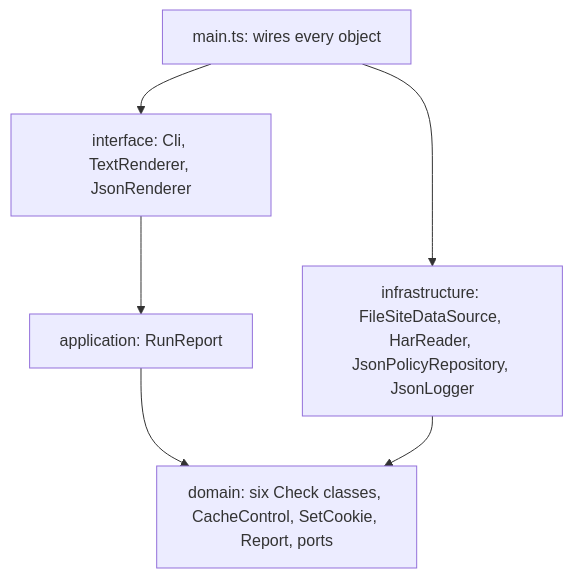
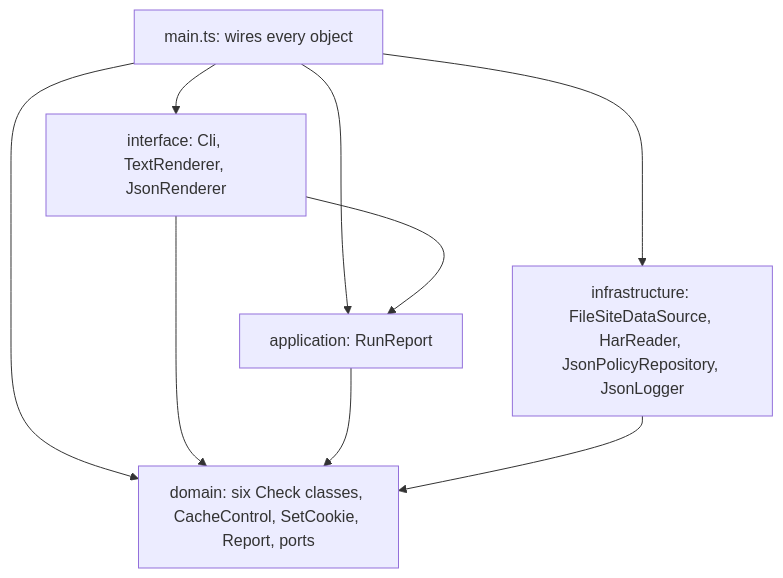
The diagram in vault/frontend-engineering/how-the-web-works/internet-and-networking/visuals/assets/capstone-layers-internet-and-networking.mmd (lakshay-testsigma/notes_management), drawn with Mermaid before and after one commit. The commit also changed 25 other files, not shown here.

```diff
--- a/vault/frontend-engineering/how-the-web-works/internet-and-networking/visuals/assets/capstone-layers-internet-and-networking.mmd
+++ b/vault/frontend-engineering/how-the-web-works/internet-and-networking/visuals/assets/capstone-layers-internet-and-networking.mmd
@@ -1,7 +1,10 @@
 flowchart TD
   Main["main.ts: wires every object"] --> Interface
   Main --> Infrastructure
+  Main --> Application
+  Main --> Domain
   Interface["interface: Cli, TextRenderer, JsonRenderer"] --> Application
+  Interface --> Domain
   Application["application: RunReport"] --> Domain
   Infrastructure["infrastructure: FileSiteDataSource, HarReader, JsonPolicyRepository, JsonLogger"] --> Domain
   Domain["domain: six Check classes, CacheControl, SetCookie, Report, ports"]
```
